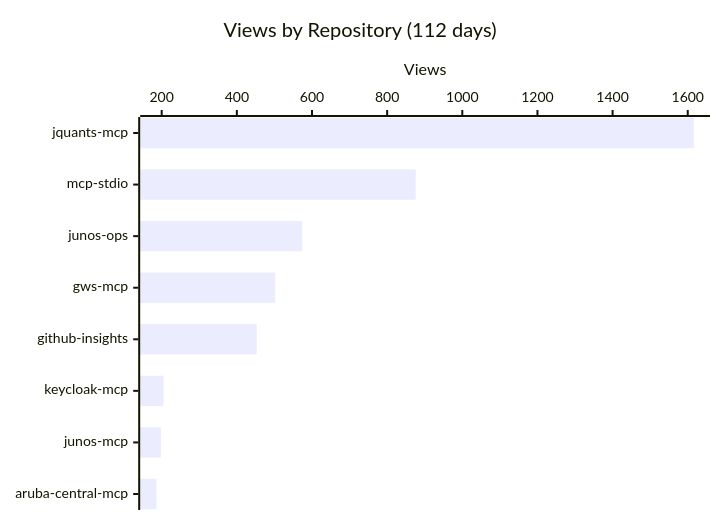
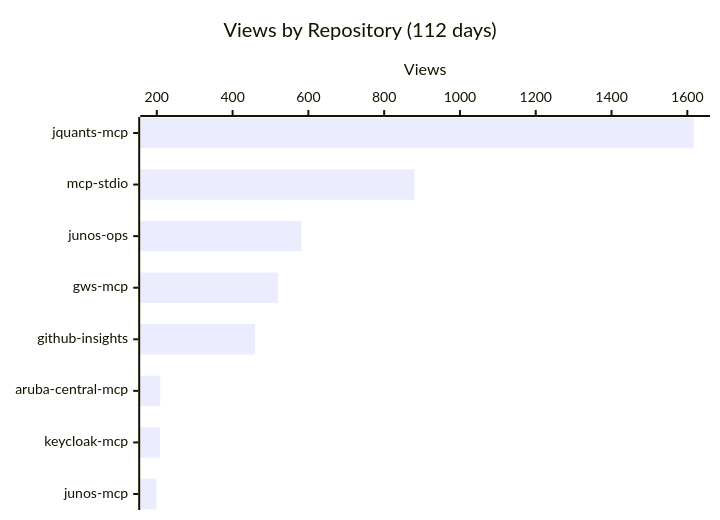
Before and after one commit to shigechika/github-insights: the first of 4 diagrams in README.md, drawn with Mermaid. The commit also changed other lines of this file and 2 other files, not shown here.

````diff
--- a/README.md
+++ b/README.md
@@ -18,7 +18,7 @@
 ```mermaid
 xychart-beta horizontal
     title "Views by Repository (112 days)"
-    x-axis ["jquants-mcp", "mcp-stdio", "junos-ops", "gws-mcp", "github-insights", "keycloak-mcp", "junos-mcp", "aruba-central-mcp"]
+    x-axis ["jquants-mcp", "mcp-stdio", "junos-ops", "gws-mcp", "github-insights", "aruba-central-mcp", "keycloak-mcp", "junos-mcp"]
     y-axis "Views"
-    bar [1616, 876, 574, 502, 453, 205, 198, 186]
+    bar [1617, 880, 581, 520, 459, 209, 208, 199]
 ```
````
